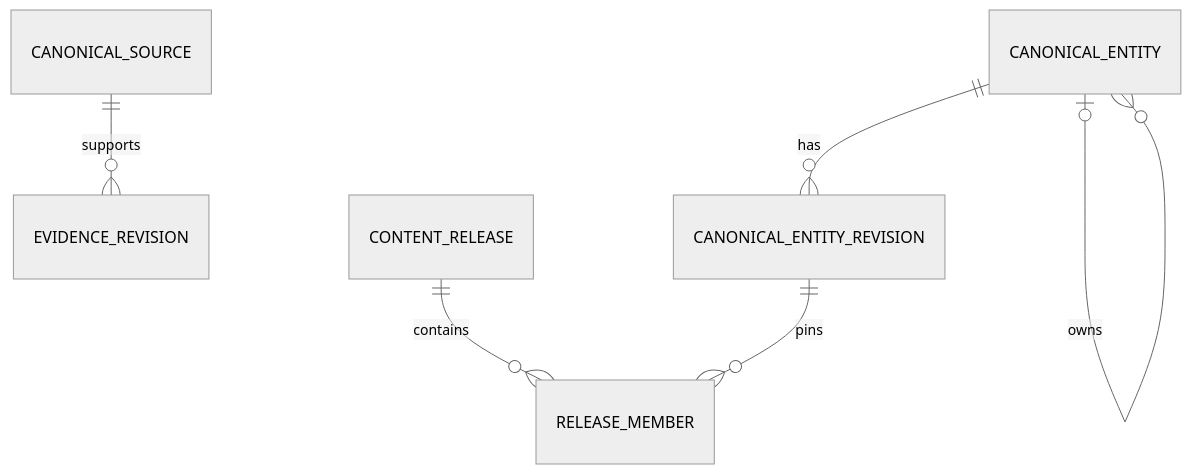
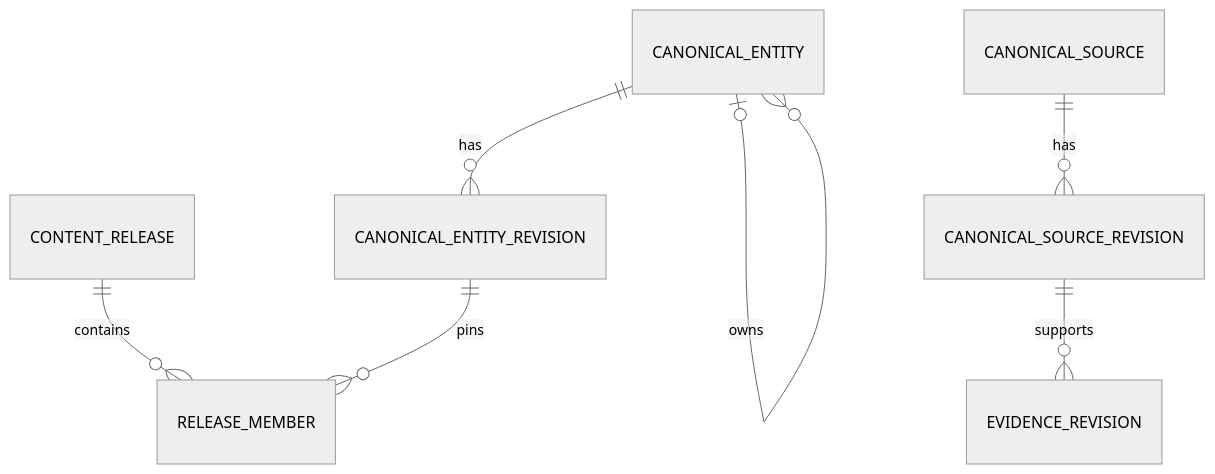
Before and after one commit to Ashex-x/Transnet: the diagram in docs/interfaces/canonical-data.md, drawn with Mermaid (neutral theme). The commit also changed other lines of this file and 14 other files, not shown here.

````diff
--- a/docs/interfaces/canonical-data.md
+++ b/docs/interfaces/canonical-data.md
@@ -60,8 +60,9 @@
 ```mermaid
 erDiagram
   CANONICAL_ENTITY ||--o{ CANONICAL_ENTITY_REVISION : has
   CANONICAL_ENTITY o|--o{ CANONICAL_ENTITY : owns
   CONTENT_RELEASE ||--o{ RELEASE_MEMBER : contains
   CANONICAL_ENTITY_REVISION ||--o{ RELEASE_MEMBER : pins
-  CANONICAL_SOURCE ||--o{ EVIDENCE_REVISION : supports
+  CANONICAL_SOURCE ||--o{ CANONICAL_SOURCE_REVISION : has
+  CANONICAL_SOURCE_REVISION ||--o{ EVIDENCE_REVISION : supports
 ```
````
